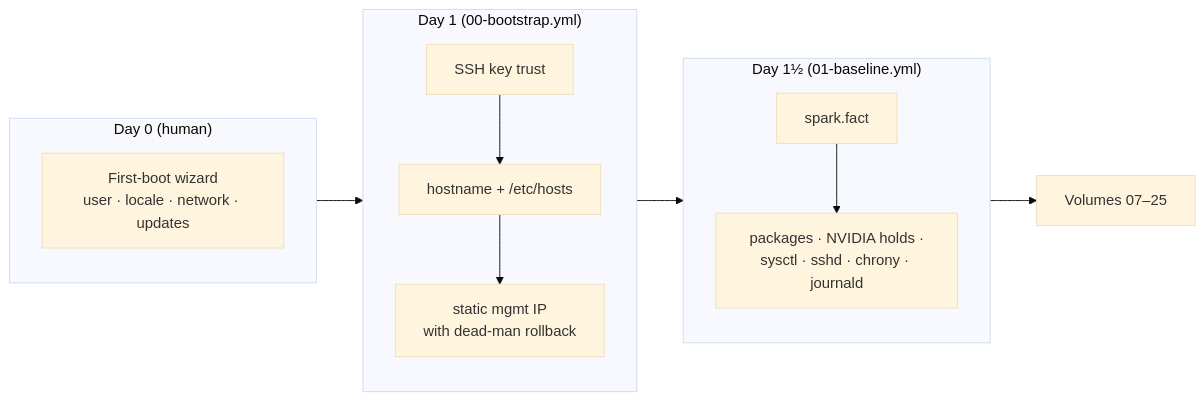
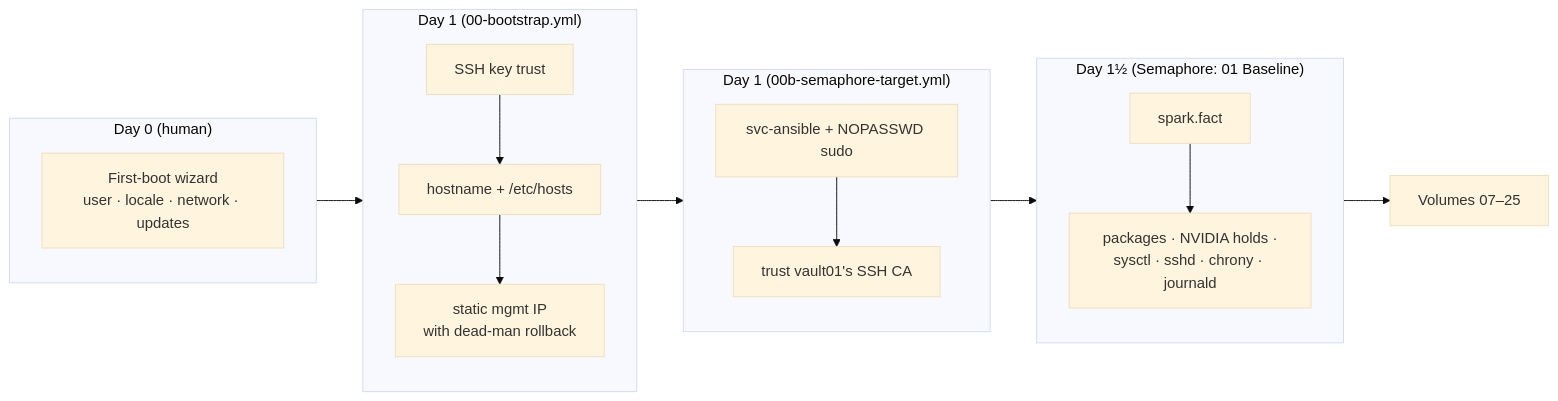
The second of 4 diagrams in 01 Ansible/06-bare-metal-os-provisioning-pxe-and-redfish.md (cloudone365/technical-depth), drawn with Mermaid (base theme) before and after one commit. The commit also changed other lines of this file and 37 other files, not shown here.

First line of the commit message:
Docs: Semaphore + vault01 management plane, dgx-spark-01 as a target

````diff
--- a/01 Ansible/06-bare-metal-os-provisioning-pxe-and-redfish.md
+++ b/01 Ansible/06-bare-metal-os-provisioning-pxe-and-redfish.md
@@ -45,13 +46,16 @@
 ```mermaid
 flowchart LR
   subgraph D0["Day 0 (human)"]
     W["First-boot wizard<br/>user · locale · network · updates"]
   end
   subgraph D1["Day 1 (00-bootstrap.yml)"]
     K["SSH key trust"] --> H["hostname + /etc/hosts"] --> N["static mgmt IP<br/>with dead-man rollback"]
   end
-  subgraph D2["Day 1½ (01-baseline.yml)"]
+  subgraph D1b["Day 1 (00b-semaphore-target.yml)"]
+    SA["svc-ansible + NOPASSWD sudo"] --> CA["trust vault01's SSH CA"]
+  end
+  subgraph D2["Day 1½ (Semaphore: 01 Baseline)"]
     F["spark.fact"] --> B["packages · NVIDIA holds ·<br/>sysctl · sshd · chrony · journald"]
   end
-  D0 --> D1 --> D2 --> Rest["Volumes 07–25"]
+  D0 --> D1 --> D1b --> D2 --> Rest["Volumes 07–25"]
 ```
````
